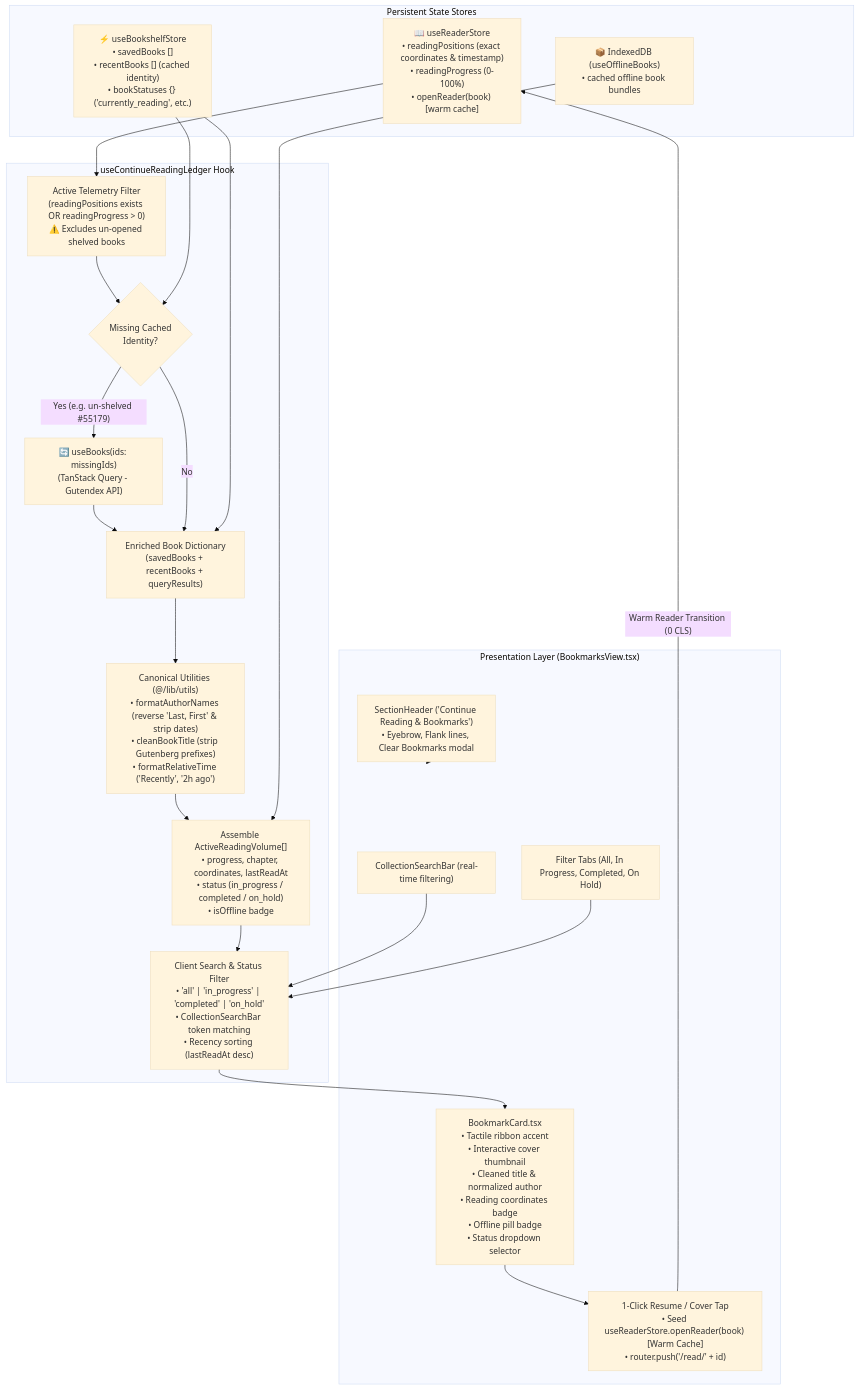
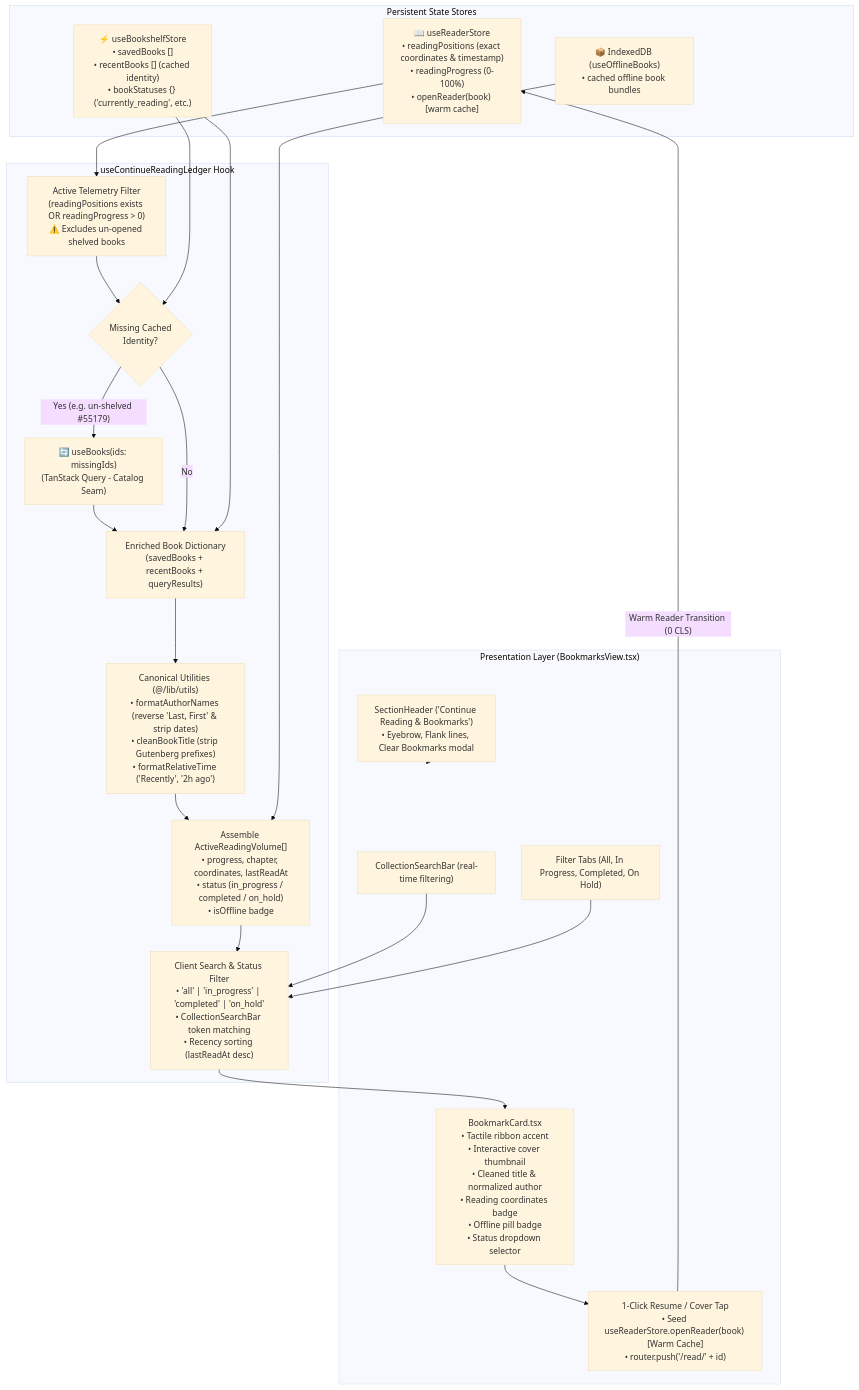
Before and after one commit to calin-m/Bookarium: the third of 3 diagrams in README.md, drawn with Mermaid (base theme). The commit also changed other lines of this file and 13 other files, not shown here.

First line of the commit message:
feat(catalog): calibrate dual-provider architecture, SEO layout resolution & living docs

````diff
--- a/README.md
+++ b/README.md
@@ -344,44 +358,44 @@
 ```mermaid
 flowchart TD
     subgraph Storage ["Persistent State Stores"]
         RS["📖 useReaderStore\n• readingPositions (exact coordinates & timestamp)\n• readingProgress (0-100%)\n• openReader(book) [warm cache]"]
         BS["⚡ useBookshelfStore\n• savedBooks []\n• recentBooks [] (cached identity)\n• bookStatuses {} ('currently_reading', etc.)"]
         IDB["📦 IndexedDB (useOfflineBooks)\n• cached offline book bundles"]
     end
 
     subgraph LedgerHook ["useContinueReadingLedger Hook"]
         FilterActive["Active Telemetry Filter\n(readingPositions exists OR readingProgress > 0)\n⚠️ Excludes un-opened shelved books"]
         MissingCheck{"Missing Cached\nIdentity?"}
-        QueryMissing["🔄 useBooks(ids: missingIds)\n(TanStack Query - Gutendex API)"]
+        QueryMissing["🔄 useBooks(ids: missingIds)\n(TanStack Query - Catalog Seam)"]
         EnrichDict["Enriched Book Dictionary\n(savedBooks + recentBooks + queryResults)"]
         Parser["Canonical Utilities (@/lib/utils)\n• formatAuthorNames (reverse 'Last, First' & strip dates)\n• cleanBookTitle (strip Gutenberg prefixes)\n• formatRelativeTime ('Recently', '2h ago')"]
         Assembly["Assemble ActiveReadingVolume[]\n• progress, chapter, coordinates, lastReadAt\n• status (in_progress / completed / on_hold)\n• isOffline badge"]
         FilterSort["Client Search & Status Filter\n• 'all' | 'in_progress' | 'completed' | 'on_hold'\n• CollectionSearchBar token matching\n• Recency sorting (lastReadAt desc)"]
     end
 
     subgraph UI ["Presentation Layer (BookmarksView.tsx)"]
         Header["SectionHeader ('Continue Reading & Bookmarks')\n• Eyebrow, Flank lines, Clear Bookmarks modal"]
         Search["CollectionSearchBar (real-time filtering)"]
         Tabs["Filter Tabs (All, In Progress, Completed, On Hold)"]
         Cards["BookmarkCard.tsx\n• Tactile ribbon accent\n• Interactive cover thumbnail\n• Cleaned title & normalized author\n• Reading coordinates badge\n• Offline pill badge\n• Status dropdown selector"]
         ResumeAction["1-Click Resume / Cover Tap\n• Seed useReaderStore.openReader(book) [Warm Cache]\n• router.push('/read/' + id)"]
     end
 
     RS --> FilterActive
     FilterActive --> MissingCheck
     BS --> MissingCheck
     MissingCheck -->|"Yes (e.g. un-shelved #55179)"| QueryMissing
     QueryMissing --> EnrichDict
     MissingCheck -->|"No"| EnrichDict
     BS --> EnrichDict
     EnrichDict --> Parser
     Parser --> Assembly
     IDB --> Assembly
     Assembly --> FilterSort
     FilterSort --> Cards
     Header --> UI
     Search --> FilterSort
     Tabs --> FilterSort
     Cards --> ResumeAction
     ResumeAction -->|"Warm Reader Transition (0 CLS)"| RS
 ```
````
